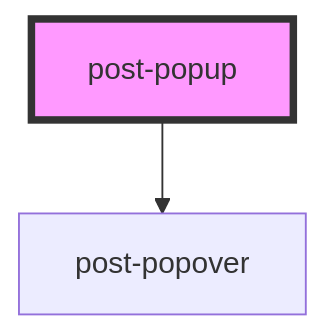
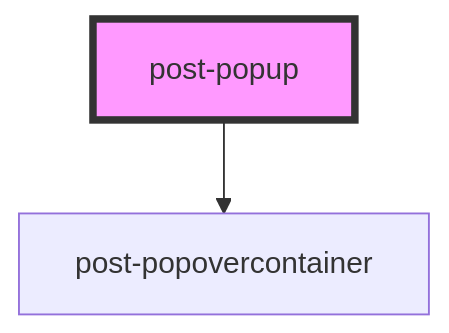
The diagram in packages/components/src/components/post-popup/readme.md (swisspost/design-system), drawn with Mermaid before and after one commit. The commit also changed other lines of this file and 5 other files, not shown here.

````diff
--- a/packages/components/src/components/post-popup/readme.md
+++ b/packages/components/src/components/post-popup/readme.md
@@ -55,5 +55,5 @@
 ```mermaid
 graph TD;
-  post-popup --> post-popover
+  post-popup --> post-popovercontainer
   style post-popup fill:#f9f,stroke:#333,stroke-width:4px
 ```
````
